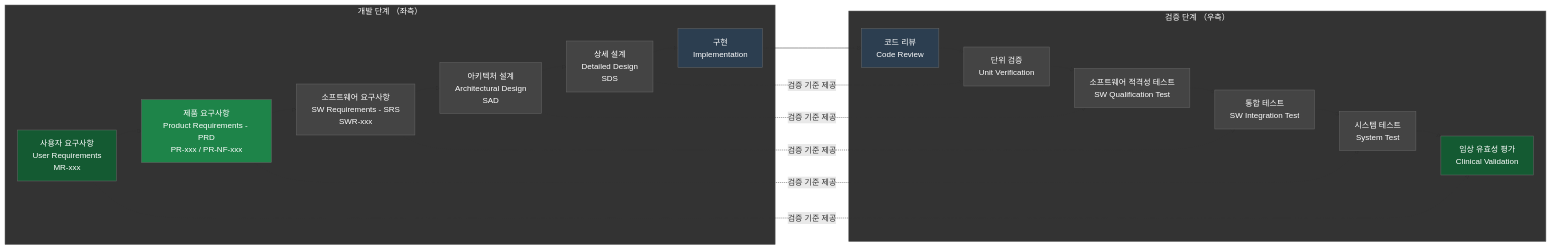
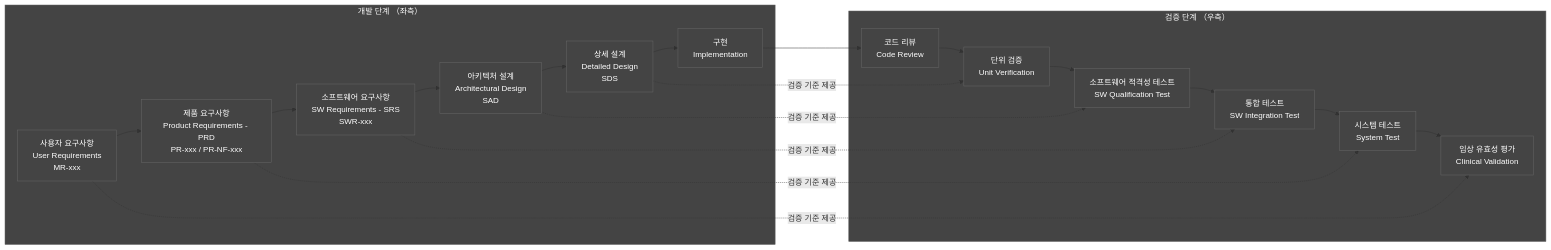
One commit to holee9/console-gui changed the tenth of 16 diagrams in docs/planning/DOC-002_PRD_v2.0.md. Above: the diagram before and after it, drawn with Mermaid. The commit also changed other lines of this file and 35 other files, not shown here.

First line of the commit message:
fix: 전체 Mermaid 차트 색상 진한 회색 통일

````diff
--- a/docs/planning/DOC-002_PRD_v2.0.md
+++ b/docs/planning/DOC-002_PRD_v2.0.md
@@ -1011,38 +1011,38 @@
 ```mermaid
 flowchart LR
     classDef default fill:#444,stroke:#666,color:#fff
     subgraph LeftSide["개발 단계 （좌측）"]
         A1[사용자 요구사항\nUser Requirements\nMR-xxx]
         A2[제품 요구사항\nProduct Requirements - PRD\nPR-xxx / PR-NF-xxx]
         A3[소프트웨어 요구사항\nSW Requirements - SRS\nSWR-xxx]
         A4[아키텍처 설계\nArchitectural Design\nSAD]
         A5[상세 설계\nDetailed Design\nSDS]
         A6[구현\nImplementation]
     end
 
     subgraph RightSide["검증 단계 （우측）"]
         B1[임상 유효성 평가\nClinical Validation]
         B2[시스템 테스트\nSystem Test]
         B3[통합 테스트\nSW Integration Test]
         B4[소프트웨어 적격성 테스트\nSW Qualification Test]
         B5[단위 검증\nUnit Verification]
         B6[코드 리뷰\nCode Review]
     end
 
     A1 --> A2 --> A3 --> A4 --> A5 --> A6
     A6 --> B6 --> B5 --> B4 --> B3 --> B2 --> B1
 
     A1 -.->|검증 기준 제공| B1
     A2 -.->|검증 기준 제공| B2
     A3 -.->|검증 기준 제공| B3
     A4 -.->|검증 기준 제공| B4
     A5 -.->|검증 기준 제공| B5
 
-    style A6 fill:#2c3e50,color:#fff
-    style B6 fill:#2c3e50,color:#fff
-    style B1 fill:#145a32,color:#fff
-    style A1 fill:#145a32,color:#fff
-    style A2 fill:#1e8449,color:#fff
-    style LeftSide fill:#333,stroke:#666,color:#fff
-    style RightSide fill:#333,stroke:#666,color:#fff
+    style A6 fill:#444,color:#fff
+    style B6 fill:#444,color:#fff
+    style B1 fill:#444,color:#fff
+    style A1 fill:#444,color:#fff
+    style A2 fill:#444,color:#fff
+    style LeftSide fill:#444,stroke:#666,color:#fff
+    style RightSide fill:#444,stroke:#666,color:#fff
 ```
````
